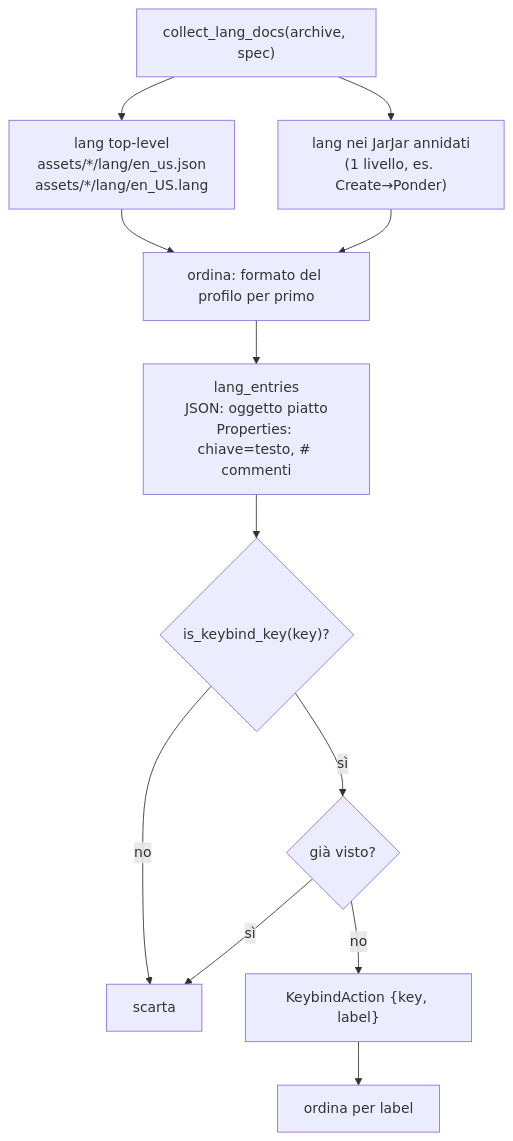
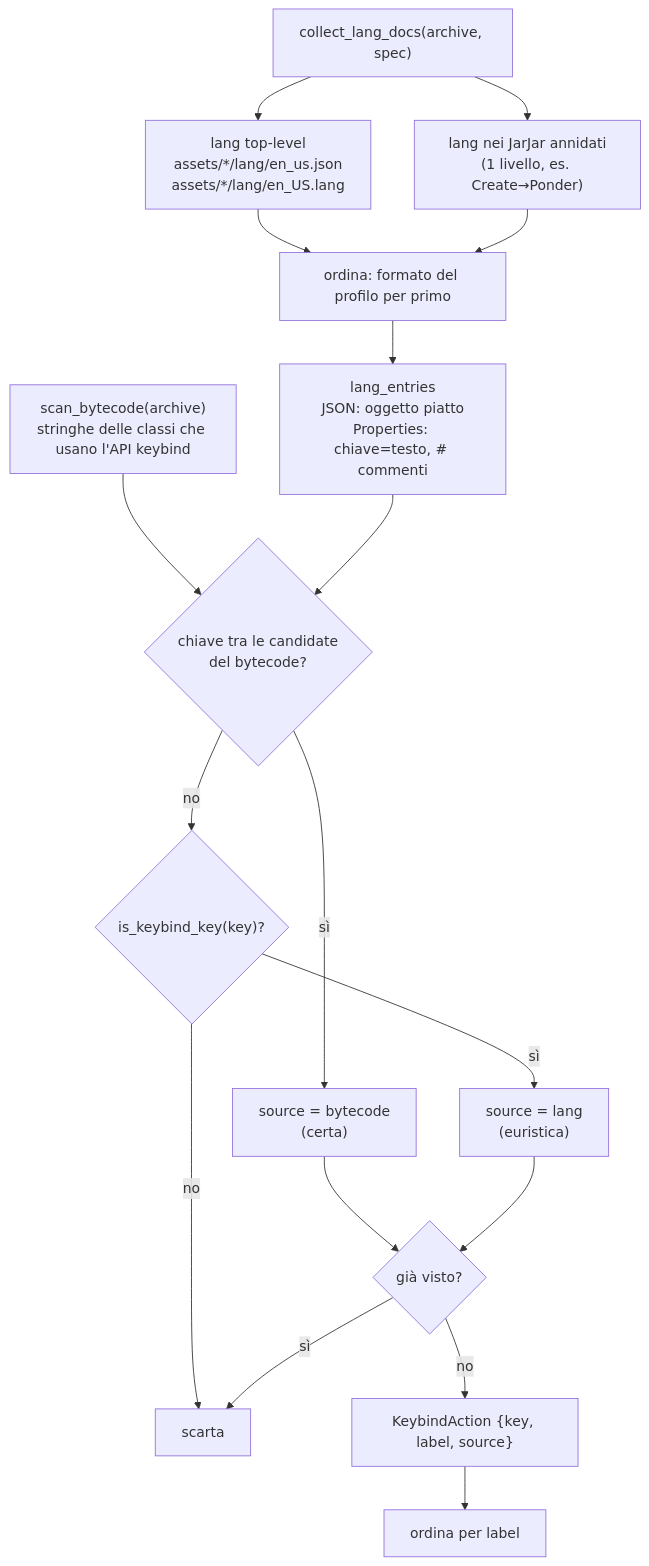
One commit to Alexkill536ITA/ForgeModpack changed the fifth of 6 diagrams in docs/it/tecnica/06-scansione.md. Above: the diagram before and after it, drawn with Mermaid. The commit also changed other lines of this file and 36 other files, not shown here.

First line of the commit message:
feat: sync col disco, keybind dal bytecode e overlay di caricamento

````diff
--- a/docs/it/tecnica/06-scansione.md
+++ b/docs/it/tecnica/06-scansione.md
@@ -158,14 +167,19 @@
 ```mermaid
 flowchart TD
     CL["collect_lang_docs(archive, spec)"] --> Top["lang top-level<br/>assets/*/lang/en_us.json<br/>assets/*/lang/en_US.lang"]
     CL --> JJ["lang nei JarJar annidati<br/>(1 livello, es. Create→Ponder)"]
     Top --> Ord
     JJ --> Ord
     Ord["ordina: formato del profilo per primo"] --> Parse["lang_entries<br/>JSON: oggetto piatto<br/>Properties: chiave=testo, # commenti"]
-    Parse --> Test{"is_keybind_key(key)?"}
-    Test -->|no| Skip["scarta"]
-    Test -->|sì| Dedup{"già visto?"}
+    BC["scan_bytecode(archive)<br/>stringhe delle classi che usano l'API keybind"] --> Test
+    Parse --> Test{"chiave tra le candidate<br/>del bytecode?"}
+    Test -->|sì| Cert["source = bytecode<br/>(certa)"]
+    Test -->|no| Heur{"is_keybind_key(key)?"}
+    Heur -->|sì| Lang["source = lang<br/>(euristica)"]
+    Heur -->|no| Skip["scarta"]
+    Cert --> Dedup{"già visto?"}
+    Lang --> Dedup
     Dedup -->|sì| Skip
-    Dedup -->|no| Add["KeybindAction {key, label}"]
+    Dedup -->|no| Add["KeybindAction {key, label, source}"]
     Add --> Sort["ordina per label"]
 ```
````
